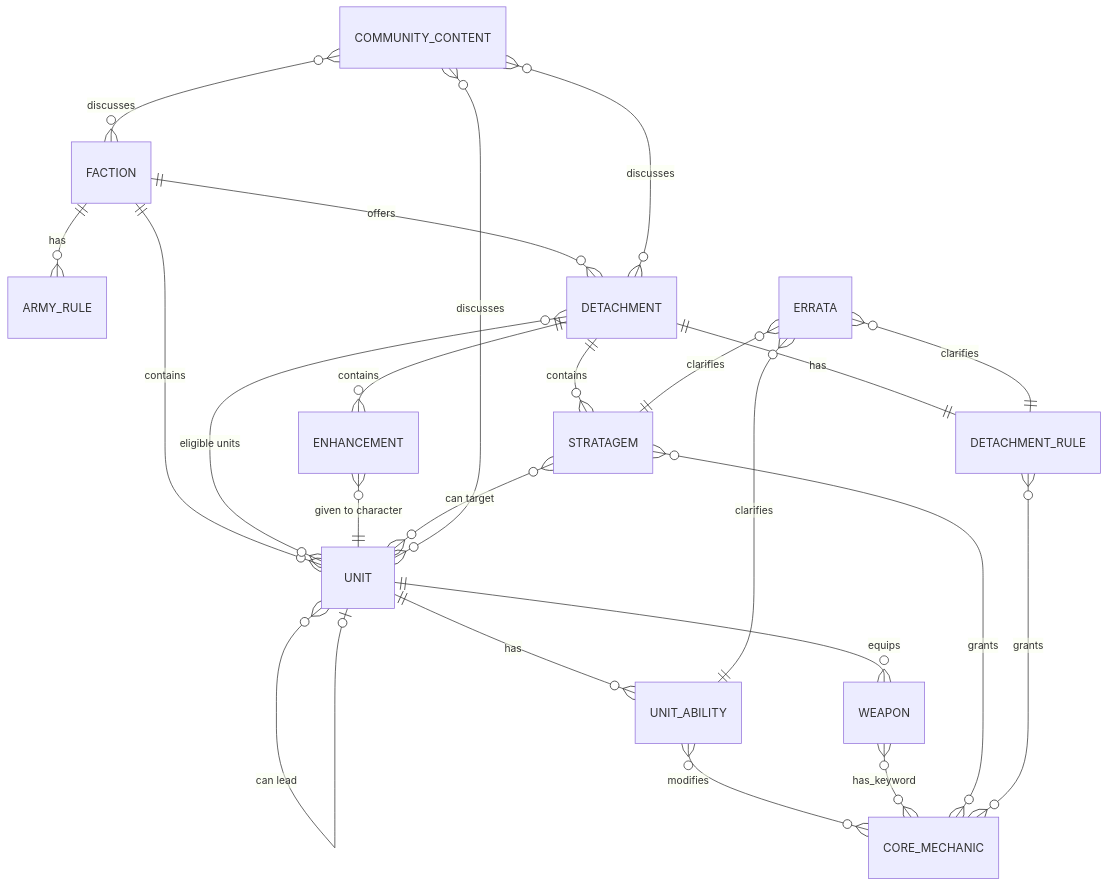
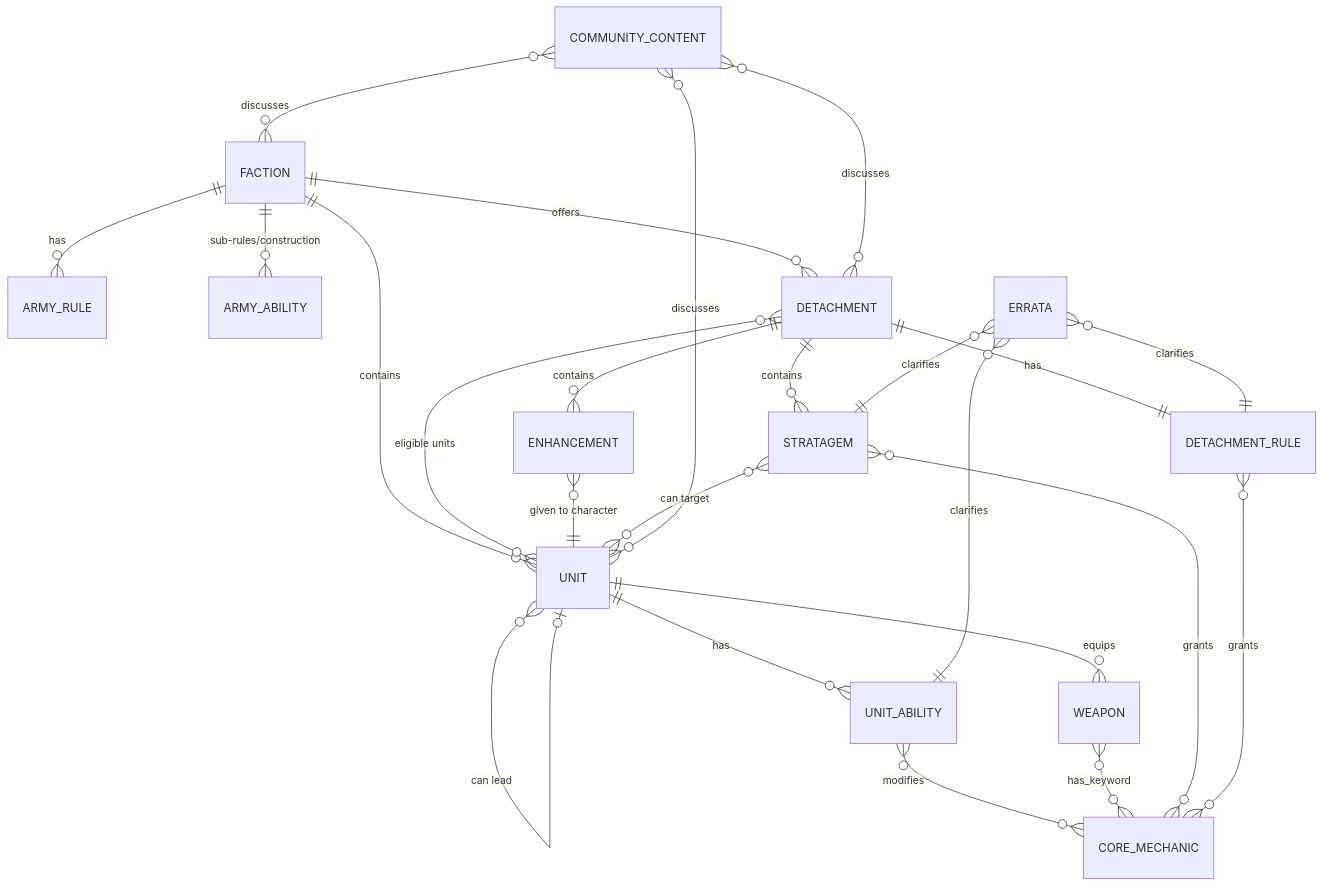
The diagram in docs/brain-domain-model.md (AgamousChild/tabletop-tools), drawn with Mermaid before and after one commit. The commit also changed other lines of this file and 4 other files, not shown here.

````diff
--- a/docs/brain-domain-model.md
+++ b/docs/brain-domain-model.md
@@ -7,33 +7,34 @@
 ```mermaid
 erDiagram
     FACTION ||--o{ ARMY_RULE : has
+    FACTION ||--o{ ARMY_ABILITY : "sub-rules/construction"
     FACTION ||--o{ DETACHMENT : offers
     FACTION ||--o{ UNIT : contains
     %% No "accesses" relationship — shared content has no subfaction keyword
     
     DETACHMENT ||--|| DETACHMENT_RULE : has
     DETACHMENT ||--o{ STRATAGEM : contains
     DETACHMENT ||--o{ ENHANCEMENT : contains
     DETACHMENT }o--o{ UNIT : "eligible units"
     
     UNIT ||--o{ WEAPON : equips
     UNIT ||--o{ UNIT_ABILITY : has
     UNIT }o--o| UNIT : "can lead"
     
     ENHANCEMENT }o--|| UNIT : "given to character"
     
     STRATAGEM }o--o{ UNIT : "can target"
     
     UNIT_ABILITY }o--o{ CORE_MECHANIC : modifies
     WEAPON }o--o{ CORE_MECHANIC : has_keyword
     STRATAGEM }o--o{ CORE_MECHANIC : grants
     DETACHMENT_RULE }o--o{ CORE_MECHANIC : grants
     
     ERRATA }o--|| DETACHMENT_RULE : clarifies
     ERRATA }o--|| UNIT_ABILITY : clarifies
     ERRATA }o--|| STRATAGEM : clarifies
     
     COMMUNITY_CONTENT }o--o{ FACTION : discusses
     COMMUNITY_CONTENT }o--o{ UNIT : discusses
     COMMUNITY_CONTENT }o--o{ DETACHMENT : discusses
 ```
````
